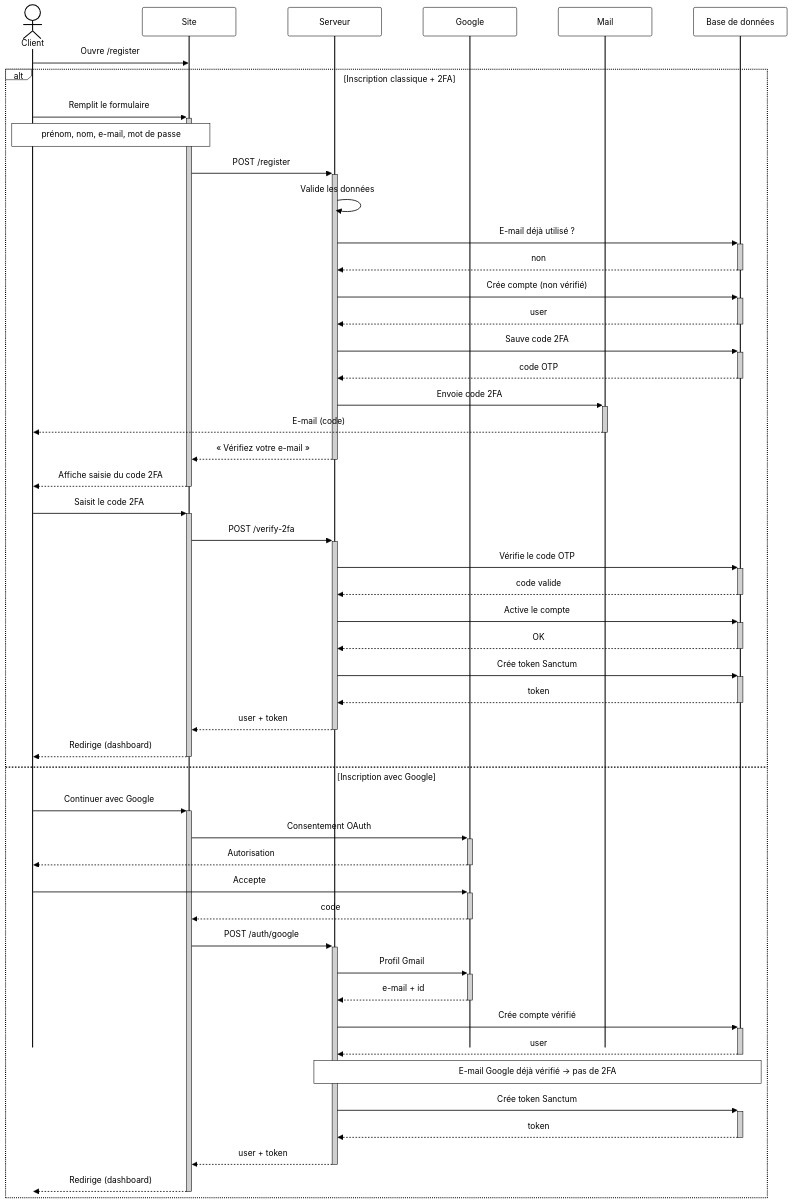
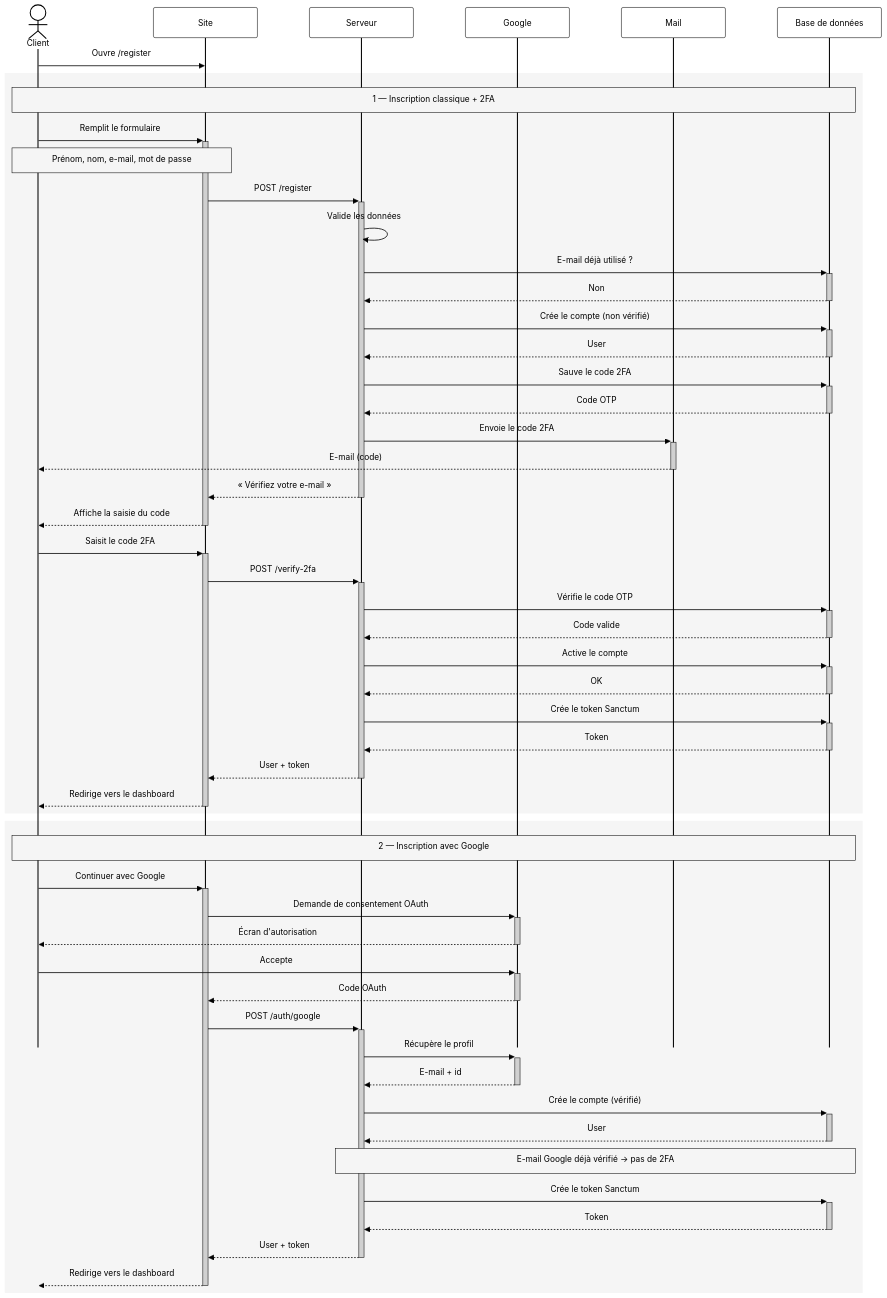
Before and after one commit to YassineToumy/rentvly: the diagram in conception/uml/06-sequence-register.mmd, drawn with Mermaid. The commit also changed 69 other files, not shown here.

```diff
--- a/conception/uml/06-sequence-register.mmd
+++ b/conception/uml/06-sequence-register.mmd
@@ -1,108 +1,113 @@
-%% Diagramme de séquence — Inscription Rentvly (Register + 2FA)
-%% Optimisé impression / Overleaf (contraste élevé, gros texte, labels courts)
+%% Diagramme de séquence — Inscription / Register + 2FA (Rentvly)
+%% Clair, textes gras — impression / Overleaf
+%% npx @mermaid-js/mermaid-cli -i conception/uml/06-sequence-register.mmd -o conception/uml/06-sequence-register.png -b white -s 3 -w 2600 -C conception/uml/sequence-print.css
 
 %%{init: {
   'theme': 'base',
   'themeVariables': {
     'fontFamily': 'Arial, Helvetica, sans-serif',
-    'fontSize': '20px',
+    'fontSize': '22px',
     'background': '#ffffff',
     'mainBkg': '#ffffff',
     'textColor': '#000000',
     'lineColor': '#000000',
     'primaryColor': '#ffffff',
     'primaryTextColor': '#000000',
     'primaryBorderColor': '#000000',
     'secondaryColor': '#ffffff',
     'tertiaryColor': '#ffffff',
     'actorBkg': '#ffffff',
     'actorBorder': '#000000',
     'actorTextColor': '#000000',
     'actorLineColor': '#000000',
     'signalColor': '#000000',
     'signalTextColor': '#000000',
     'labelBoxBkgColor': '#ffffff',
     'labelBoxBorderColor': '#000000',
     'labelTextColor': '#000000',
     'loopTextColor': '#000000',
-    'noteBkgColor': '#ffffff',
+    'noteBkgColor': '#f5f5f5',
     'noteTextColor': '#000000',
     'noteBorderColor': '#000000',
     'activationBkgColor': '#d0d0d0',
     'activationBorderColor': '#000000',
     'sequenceNumberColor': '#ffffff'
   },
+  'themeCSS': 'text, tspan, .actor, .messageText, .noteText, .loopText, .labelText { font-weight: 700 !important; }',
   'sequence': {
-    'diagramMarginX': 40,
-    'diagramMarginY': 20,
-    'actorMargin': 80,
-    'width': 180,
-    'height': 55,
-    'boxMargin': 12,
-    'boxTextMargin': 8,
-    'noteMargin': 12,
-    'messageMargin': 45,
+    'diagramMarginX': 50,
+    'diagramMarginY': 24,
+    'actorMargin': 100,
+    'width': 200,
+    'height': 58,
+    'boxMargin': 14,
+    'boxTextMargin': 10,
+    'noteMargin': 14,
+    'messageMargin': 48,
     'mirrorActors': false,
-    'bottomMarginAdj': 10,
+    'bottomMarginAdj': 12,
     'useMaxWidth': false,
     'rightAngles': false,
     'showSequenceNumbers': false
   }
 }}%%
 
 sequenceDiagram
     actor C as Client
     participant S as Site
     participant W as Serveur
     participant G as Google
     participant M as Mail
     participant D as Base de données
 
     C->>S: Ouvre /register
 
-    alt Inscription classique + 2FA
-        C->>+S: Remplit le formulaire
-        Note over C,S: prénom, nom, e-mail, mot de passe
-        S->>+W: POST /register
-        W->>W: Valide les données
-        W->>+D: E-mail déjà utilisé ?
-        D-->>-W: non
-        W->>+D: Crée compte (non vérifié)
-        D-->>-W: user
-        W->>+D: Sauve code 2FA
-        D-->>-W: code OTP
-        W->>+M: Envoie code 2FA
-        M-->>C: E-mail (code)
-        deactivate M
-        W-->>-S: « Vérifiez votre e-mail »
-        S-->>-C: Affiche saisie du code 2FA
+    rect rgb(245, 245, 245)
+    Note over C,D: 1 — Inscription classique + 2FA
+    C->>+S: Remplit le formulaire
+    Note over C,S: Prénom, nom, e-mail, mot de passe
+    S->>+W: POST /register
+    W->>W: Valide les données
+    W->>+D: E-mail déjà utilisé ?
+    D-->>-W: Non
+    W->>+D: Crée le compte (non vérifié)
+    D-->>-W: User
+    W->>+D: Sauve le code 2FA
+    D-->>-W: Code OTP
+    W->>+M: Envoie le code 2FA
+    M-->>C: E-mail (code)
+    deactivate M
+    W-->>-S: « Vérifiez votre e-mail »
+    S-->>-C: Affiche la saisie du code
 
-        C->>+S: Saisit le code 2FA
-        S->>+W: POST /verify-2fa
-        W->>+D: Vérifie le code OTP
-        D-->>-W: code valide
-        W->>+D: Active le compte
-        D-->>-W: OK
-        W->>+D: Crée token Sanctum
-        D-->>-W: token
-        W-->>-S: user + token
-        S-->>-C: Redirige (dashboard)
+    C->>+S: Saisit le code 2FA
+    S->>+W: POST /verify-2fa
+    W->>+D: Vérifie le code OTP
+    D-->>-W: Code valide
+    W->>+D: Active le compte
+    D-->>-W: OK
+    W->>+D: Crée le token Sanctum
+    D-->>-W: Token
+    W-->>-S: User + token
+    S-->>-C: Redirige vers le dashboard
+    end
 
-    else Inscription avec Google
-        C->>+S: Continuer avec Google
-        S->>+G: Consentement OAuth
-        G-->>C: Autorisation
-        deactivate G
-        C->>+G: Accepte
-        G-->>-S: code
-        S->>+W: POST /auth/google
-        W->>+G: Profil Gmail
-        G-->>-W: e-mail + id
-        W->>+D: Crée compte vérifié
-        D-->>-W: user
-        Note over W,D: E-mail Google déjà vérifié → pas de 2FA
-        W->>+D: Crée token Sanctum
-        D-->>-W: token
-        W-->>-S: user + token
-        S-->>-C: Redirige (dashboard)
+    rect rgb(245, 245, 245)
+    Note over C,D: 2 — Inscription avec Google
+    C->>+S: Continuer avec Google
+    S->>+G: Demande de consentement OAuth
+    G-->>C: Écran d'autorisation
+    deactivate G
+    C->>+G: Accepte
+    G-->>-S: Code OAuth
+    S->>+W: POST /auth/google
+    W->>+G: Récupère le profil
+    G-->>-W: E-mail + id
+    W->>+D: Crée le compte (vérifié)
+    D-->>-W: User
+    Note over W,D: E-mail Google déjà vérifié → pas de 2FA
+    W->>+D: Crée le token Sanctum
+    D-->>-W: Token
+    W-->>-S: User + token
+    S-->>-C: Redirige vers le dashboard
     end
```
